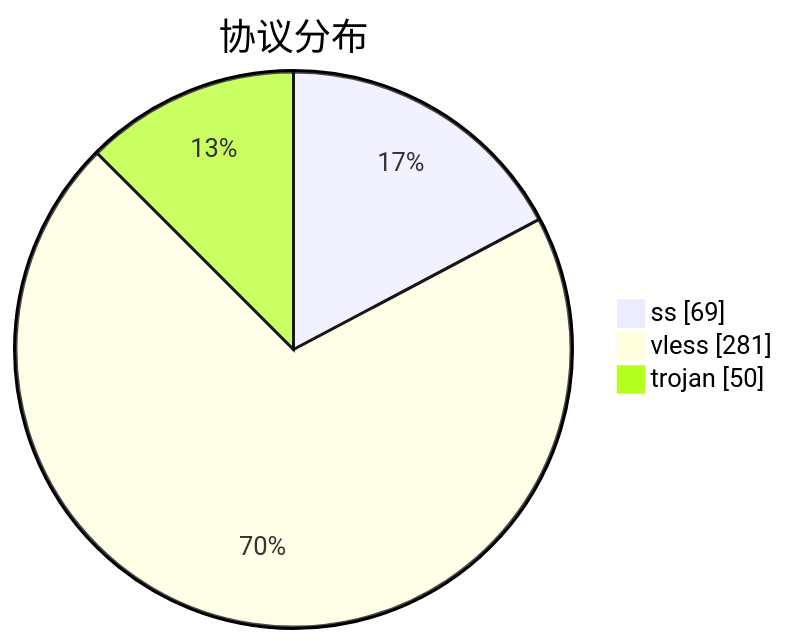
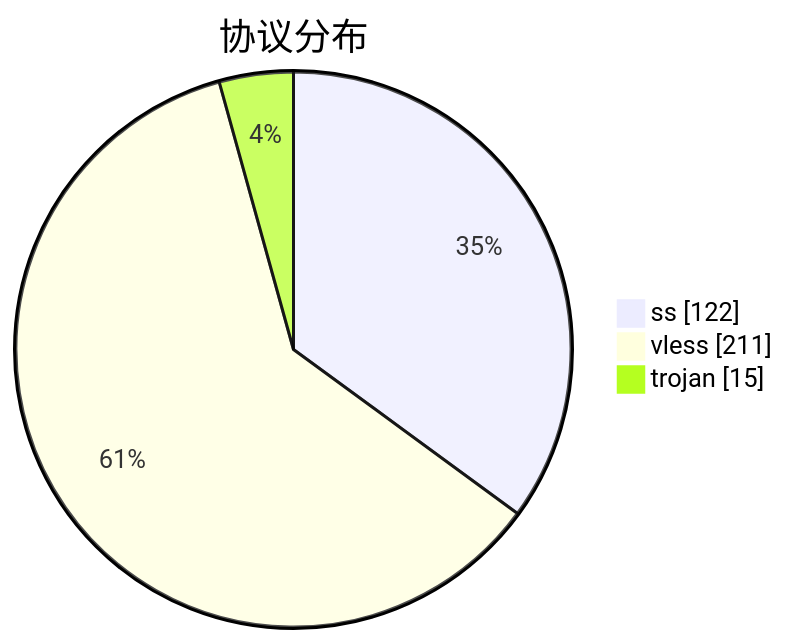
Before and after one commit to qjlxg/airport: the third of 3 diagrams in subs/statistics/tested_within.md, drawn with Mermaid. The commit also changed other lines of this file and 2 other files, not shown here.

````diff
--- a/subs/statistics/tested_within.md
+++ b/subs/statistics/tested_within.md
@@ -19,7 +18,7 @@
 ```mermaid
 pie showData
 title 协议分布
-"ss" : 69
-"vless" : 281
-"trojan" : 50
+"ss" : 122
+"vless" : 211
+"trojan" : 15
 ```
````
